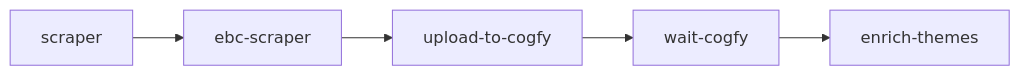
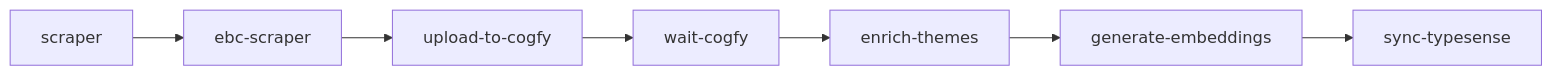
Before and after one commit to destaquesgovbr/docs: the first of 2 diagrams in docs/workflows/scraper-pipeline.md, drawn with Mermaid. The commit also changed other lines of this file and 5 other files, not shown here.

````diff
--- a/docs/workflows/scraper-pipeline.md
+++ b/docs/workflows/scraper-pipeline.md
@@ -11,7 +11,9 @@
 ```mermaid
 flowchart LR
     A[scraper] --> B[ebc-scraper]
     B --> C[upload-to-cogfy]
     C --> D[wait-cogfy]
     D --> E[enrich-themes]
+    E --> F[generate-embeddings]
+    F --> G[sync-typesense]
 ```
````
